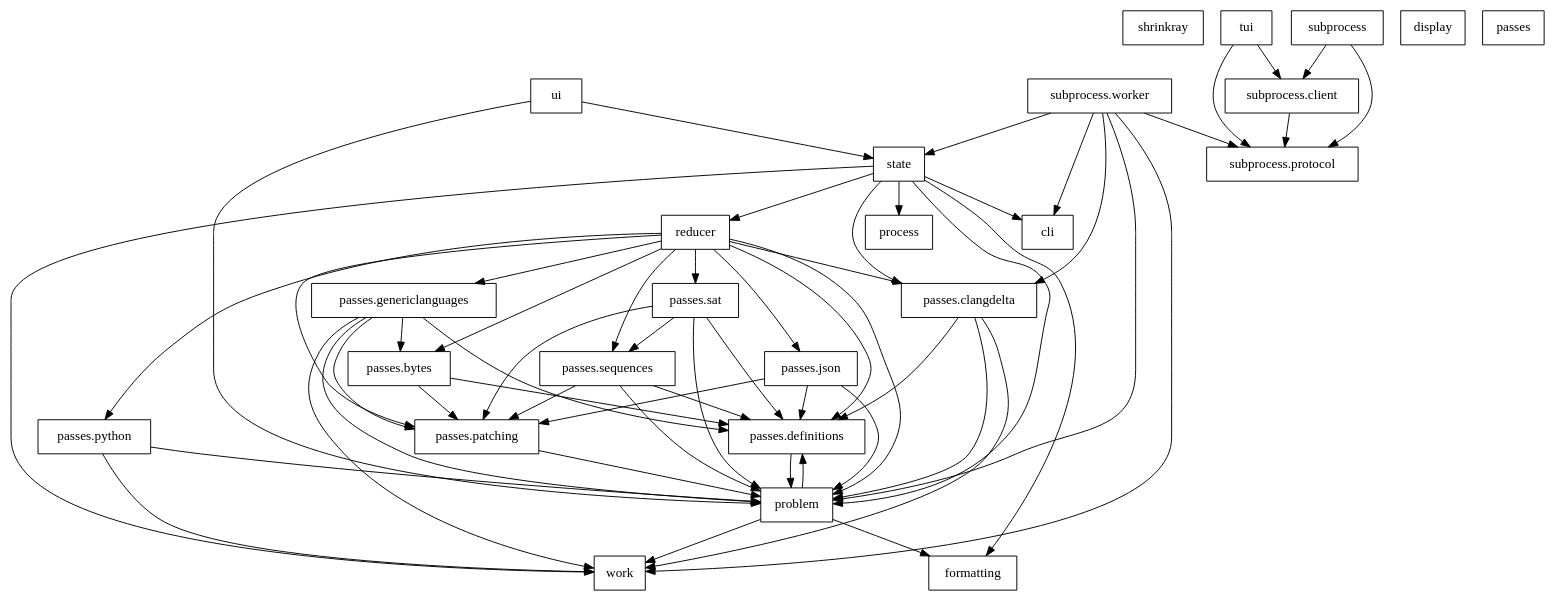
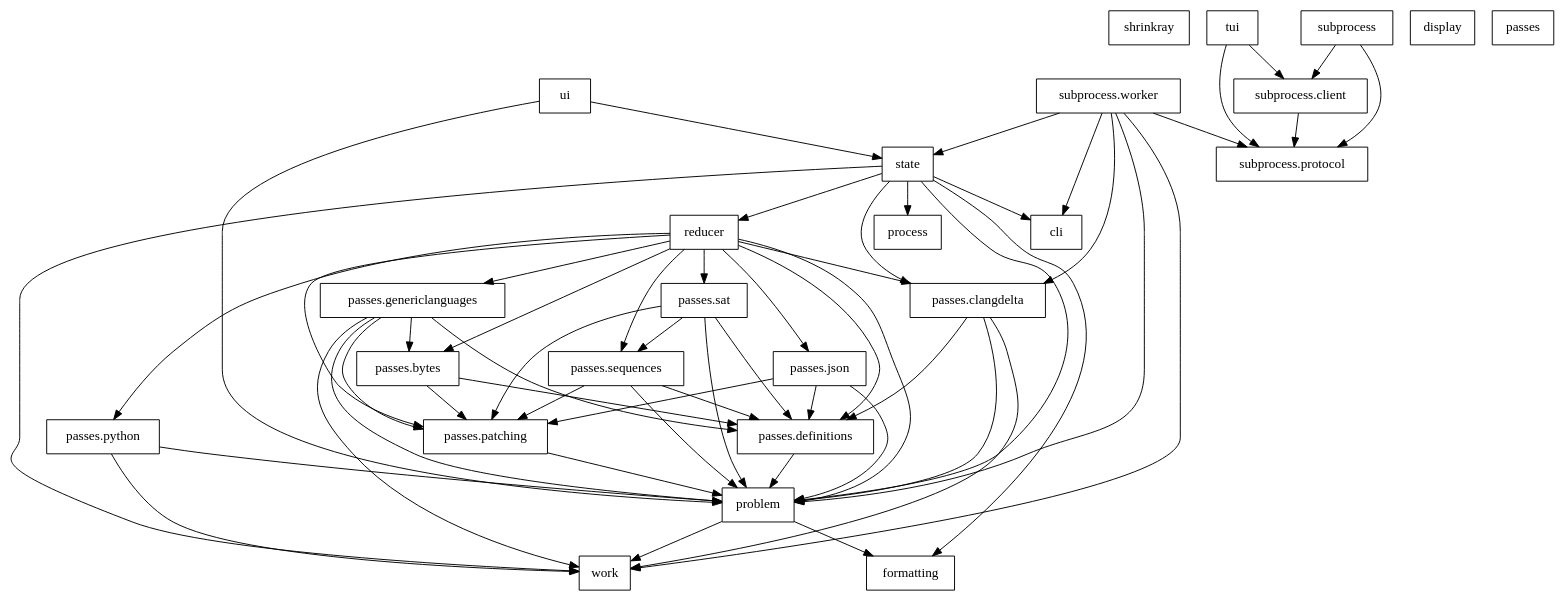
One commit to DRMacIver/shrinkray changed the diagram in notes/import-graph.dot. Above: the diagram before and after it, drawn with Graphviz. The commit also changed 3 other files, not shown here.

First line of the commit message:
Fix import cycle between problem.py and passes/definitions.py

```diff
--- a/notes/import-graph.dot
+++ b/notes/import-graph.dot
@@ -1,88 +1,87 @@
 digraph imports {
     rankdir=TB;
     node [shape=box];
 
     "shrinkray";
     "cli";
     "display";
     "formatting";
     "passes";
     "passes.bytes";
     "passes.clangdelta";
     "passes.definitions";
     "passes.genericlanguages";
     "passes.json";
     "passes.patching";
     "passes.python";
     "passes.sat";
     "passes.sequences";
     "problem";
     "process";
     "reducer";
     "state";
     "subprocess";
     "subprocess.client";
     "subprocess.protocol";
     "subprocess.worker";
     "tui";
     "ui";
     "work";
 
     "passes.bytes" -> "passes.definitions";
     "passes.bytes" -> "passes.patching";
     "passes.clangdelta" -> "passes.definitions";
     "passes.clangdelta" -> "problem";
     "passes.clangdelta" -> "work";
     "passes.definitions" -> "problem";
     "passes.genericlanguages" -> "passes.bytes";
     "passes.genericlanguages" -> "passes.definitions";
     "passes.genericlanguages" -> "passes.patching";
     "passes.genericlanguages" -> "problem";
     "passes.genericlanguages" -> "work";
     "passes.json" -> "passes.definitions";
     "passes.json" -> "passes.patching";
     "passes.json" -> "problem";
     "passes.patching" -> "problem";
     "passes.python" -> "problem";
     "passes.python" -> "work";
     "passes.sat" -> "passes.definitions";
     "passes.sat" -> "passes.patching";
     "passes.sat" -> "passes.sequences";
     "passes.sat" -> "problem";
     "passes.sequences" -> "passes.definitions";
     "passes.sequences" -> "passes.patching";
     "passes.sequences" -> "problem";
     "problem" -> "formatting";
-    "problem" -> "passes.definitions";
     "problem" -> "work";
     "reducer" -> "passes.bytes";
     "reducer" -> "passes.clangdelta";
     "reducer" -> "passes.definitions";
     "reducer" -> "passes.genericlanguages";
     "reducer" -> "passes.json";
     "reducer" -> "passes.patching";
     "reducer" -> "passes.python";
     "reducer" -> "passes.sat";
     "reducer" -> "passes.sequences";
     "reducer" -> "problem";
     "state" -> "cli";
     "state" -> "formatting";
     "state" -> "passes.clangdelta";
     "state" -> "problem";
     "state" -> "process";
     "state" -> "reducer";
     "state" -> "work";
     "subprocess" -> "subprocess.client";
     "subprocess" -> "subprocess.protocol";
     "subprocess.client" -> "subprocess.protocol";
     "subprocess.worker" -> "cli";
     "subprocess.worker" -> "passes.clangdelta";
     "subprocess.worker" -> "problem";
     "subprocess.worker" -> "state";
     "subprocess.worker" -> "subprocess.protocol";
     "subprocess.worker" -> "work";
     "tui" -> "subprocess.client";
     "tui" -> "subprocess.protocol";
     "ui" -> "problem";
     "ui" -> "state";
 }
```
